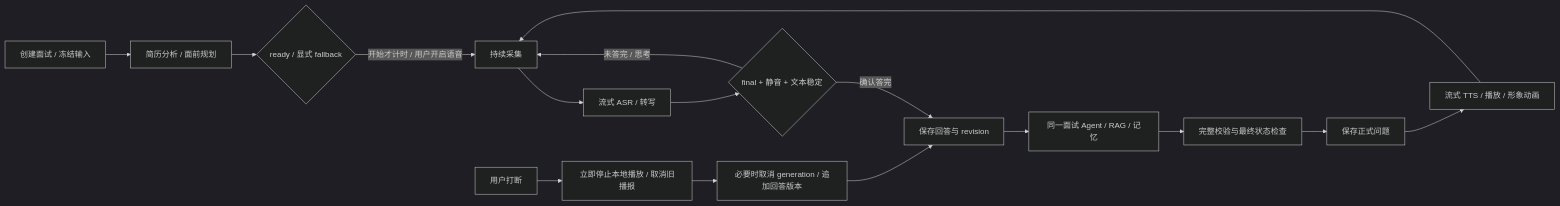
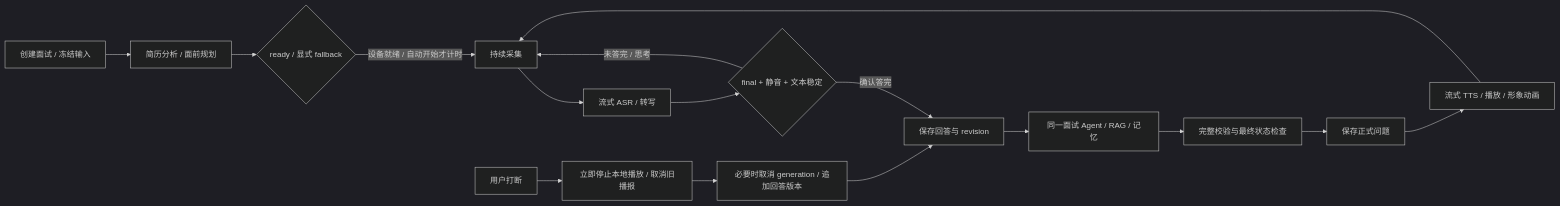
Before and after one commit to hcxlwxlwj/InterviewLab: the third of 3 diagrams in docs/software/architecture.md, drawn with Mermaid (dark theme). The commit also changed other lines of this file and 103 other files, not shown here.

````diff
--- a/docs/software/architecture.md
+++ b/docs/software/architecture.md
@@ -335,18 +335,18 @@
 ```mermaid
 flowchart LR
     CREATE[创建面试 / 冻结输入] --> PREP[简历分析 / 面前规划]
     PREP --> READY{ready / 显式 fallback}
-    READY -->|开始才计时 / 用户开启语音| MIC[持续采集]
+    READY -->|设备就绪 / 自动开始才计时| MIC[持续采集]
     MIC --> ASR[流式 ASR / 转写]
     ASR --> ENDPOINT{final + 静音 + 文本稳定}
     ENDPOINT -->|未答完 / 思考| MIC
     ENDPOINT -->|确认答完| SAVE[保存回答与 revision]
     SAVE --> AG[同一面试 Agent / RAG / 记忆]
     AG --> CHECK[完整校验与最终状态检查]
     CHECK --> COMMIT[保存正式问题]
     COMMIT --> TTS[流式 TTS / 播放 / 形象动画]
     TTS --> MIC
     INT[用户打断] --> STOP[立即停止本地播放 / 取消旧播报]
     STOP --> ADD[必要时取消 generation / 追加回答版本]
     ADD --> SAVE
 ```
````
